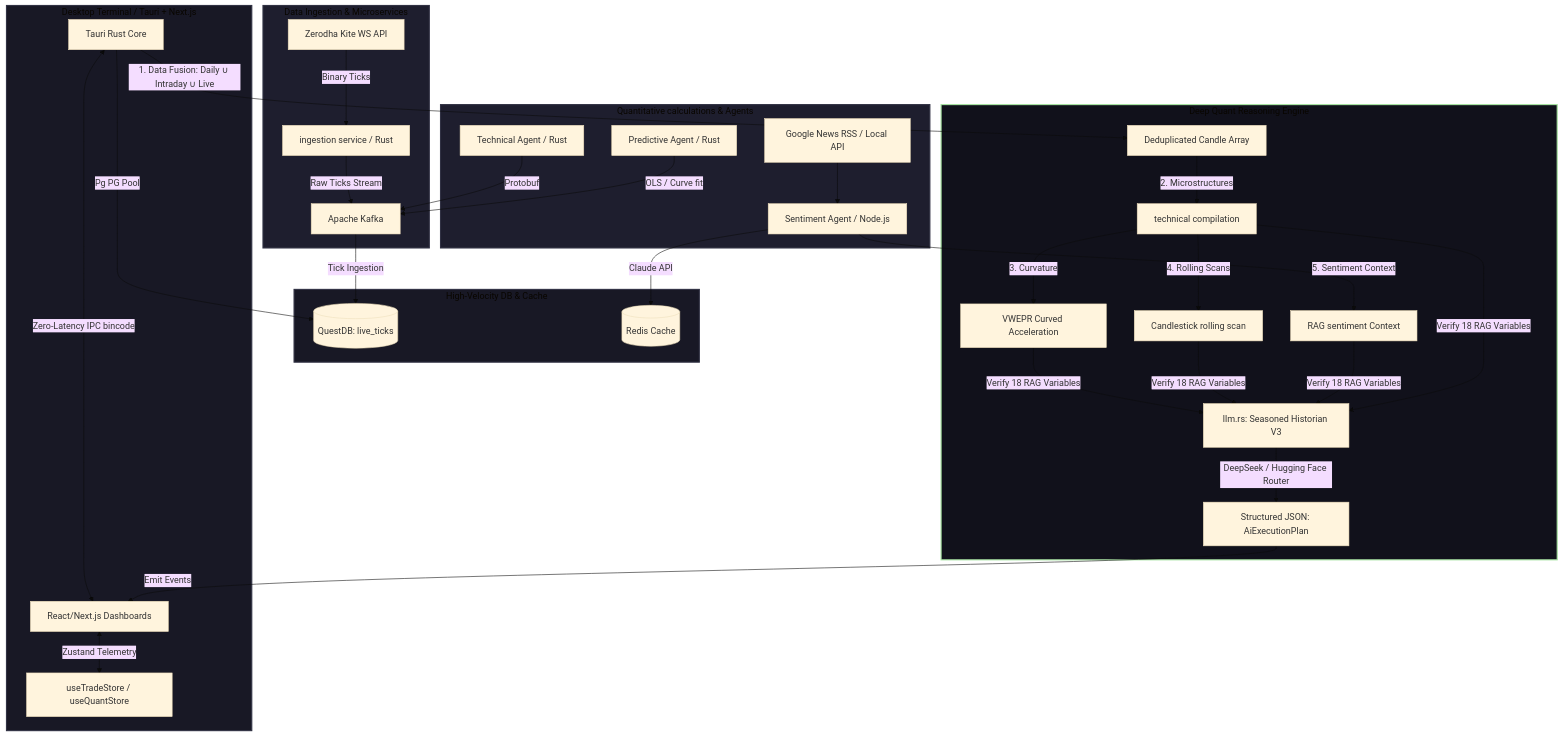
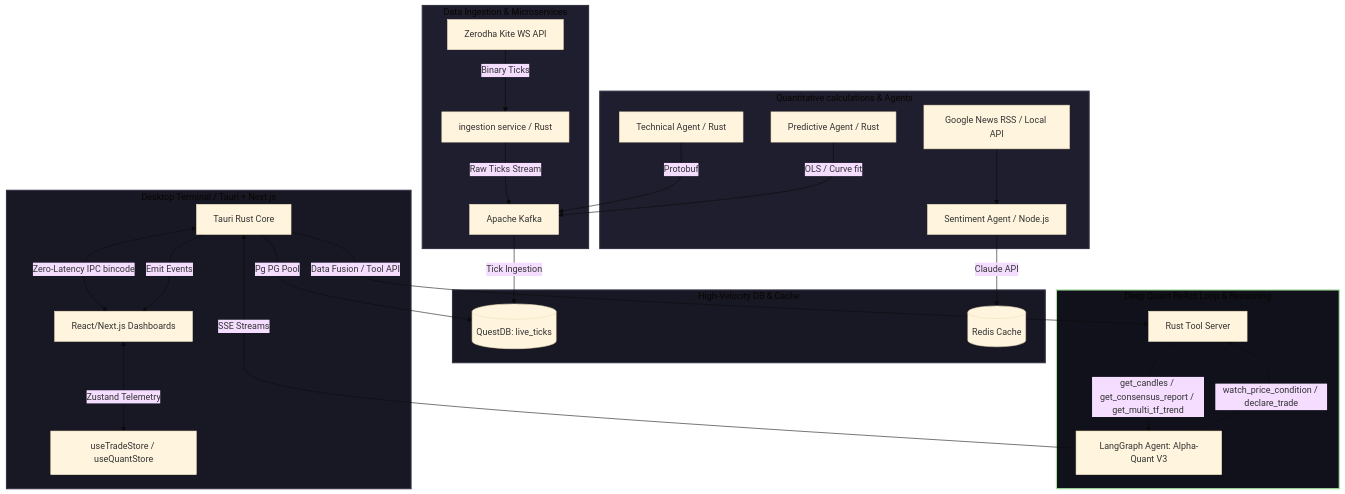
The diagram in README.md (6829nkhpas/Ai-trader), drawn with Mermaid (base theme) before and after one commit. The commit also changed other lines of this file and 1 other file, not shown here.

Commit message:
feat: upgrade reasoning engine to Alpha-Quant V3 and integrate LangGraph stateful ReAct loop architecture

````diff
--- a/README.md
+++ b/README.md
@@ -11,50 +17,44 @@
 ```mermaid
 graph TD
     %% Ingestion & Live Streams
     subgraph StreamLayer ["Data Ingestion & Microservices"]
         Kite[Zerodha Kite WS API] -->|Binary Ticks| Ingest[ingestion service / Rust]
         Ingest -->|Raw Ticks Stream| Kafka[Apache Kafka]
     end
 
     %% Storage & Database
     subgraph DBStore ["High-Velocity DB & Cache"]
         Kafka -->|Tick Ingestion| QDB[(QuestDB: live_ticks)]
         RedisCache[(Redis Cache)]
     end
 
     %% Analytical Agents
     subgraph Analytics ["Quantitative calculations & Agents"]
         AgentTech[Technical Agent / Rust] -->|Protobuf| Kafka
         AgentPred[Predictive Agent / Rust] -->|OLS / Curve fit| Kafka
         NewsAPI[Google News RSS / Local API] --> SentimentService[Sentiment Agent / Node.js]
         SentimentService -->|Claude API| RedisCache
     end
 
     %% Desktop Interface & IPC Bridge
     subgraph DesktopClient ["Desktop Terminal / Tauri + Next.js"]
         UI[React/Next.js Dashboards] <-->|Zustand Telemetry| Zustand[useTradeStore / useQuantStore]
         TauriCore[Tauri Rust Core] <-->|Zero-Latency IPC bincode| UI
         TauriCore -->|Pg PG Pool| QDB
     end
 
     %% Unified Reasoning Core
-    subgraph Reasoning ["Deep Quant Reasoning Engine"]
-        TauriCore -->|1. Data Fusion: Daily ∪ Intraday ∪ Live| Fusion[Deduplicated Candle Array]
-        Fusion -->|2. Microstructures| IndicatorState[technical compilation]
-        IndicatorState -->|3. Curvature| VWEPR[VWEPR Curved Acceleration]
-        IndicatorState -->|4. Rolling Scans| Patterns[Candlestick rolling scan]
-        SentimentService -->|5. Sentiment Context| SentimentContext[RAG sentiment Context]
-        
-        ReasoningCore[llm.rs: Seasoned Historian V3]
-        
-        VWEPR & Patterns & SentimentContext & IndicatorState -->|Verify 18 RAG Variables| ReasoningCore
-        ReasoningCore -->|DeepSeek / Hugging Face Router| ExecutionPlan[Structured JSON: AiExecutionPlan]
-        ExecutionPlan -->|Emit Events| UI
+    subgraph Reasoning ["Deep Quant ReAct Loop & Reasoning"]
+        TauriCore -->|Data Fusion / Tool API| ToolServer[Rust Tool Server]
+        ToolServer -->|get_candles / get_consensus_report / get_multi_tf_trend| QuantLoop[LangGraph Agent: Alpha-Quant V3]
+        QuantLoop -->|watch_price_condition / declare_trade| ToolServer
+        QuantLoop -->|SSE Streams| TauriCore
+        TauriCore -->|Emit Events| UI
     end
 
     style StreamLayer fill:#1e1e2e,stroke:#313244,stroke-width:2px;
     style DBStore fill:#181825,stroke:#313244,stroke-width:2px;
     style Analytics fill:#1e1e2e,stroke:#313244,stroke-width:2px;
     style DesktopClient fill:#181825,stroke:#313244,stroke-width:2px;
     style Reasoning fill:#11111b,stroke:#a6e3a1,stroke-width:2px;
 ```
````
